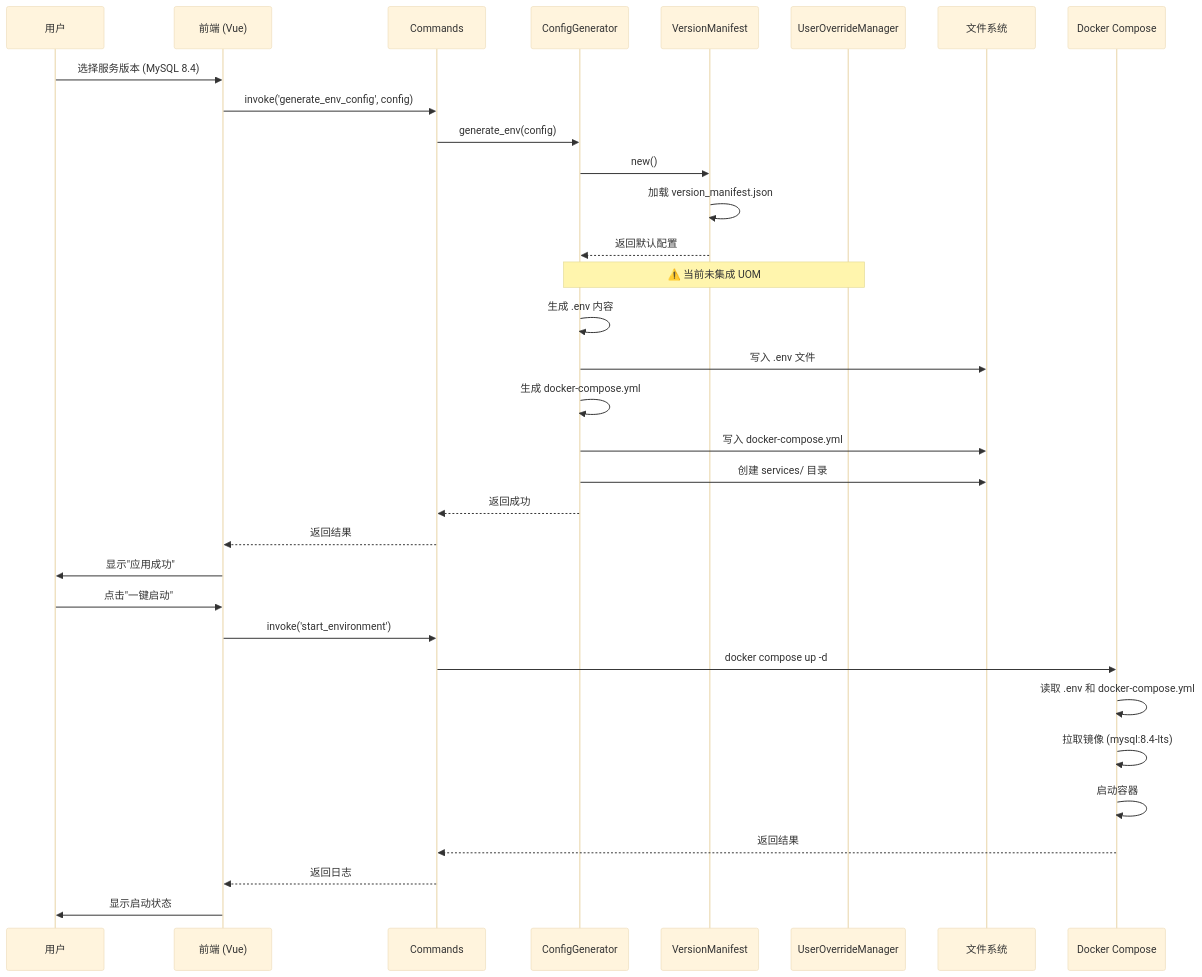
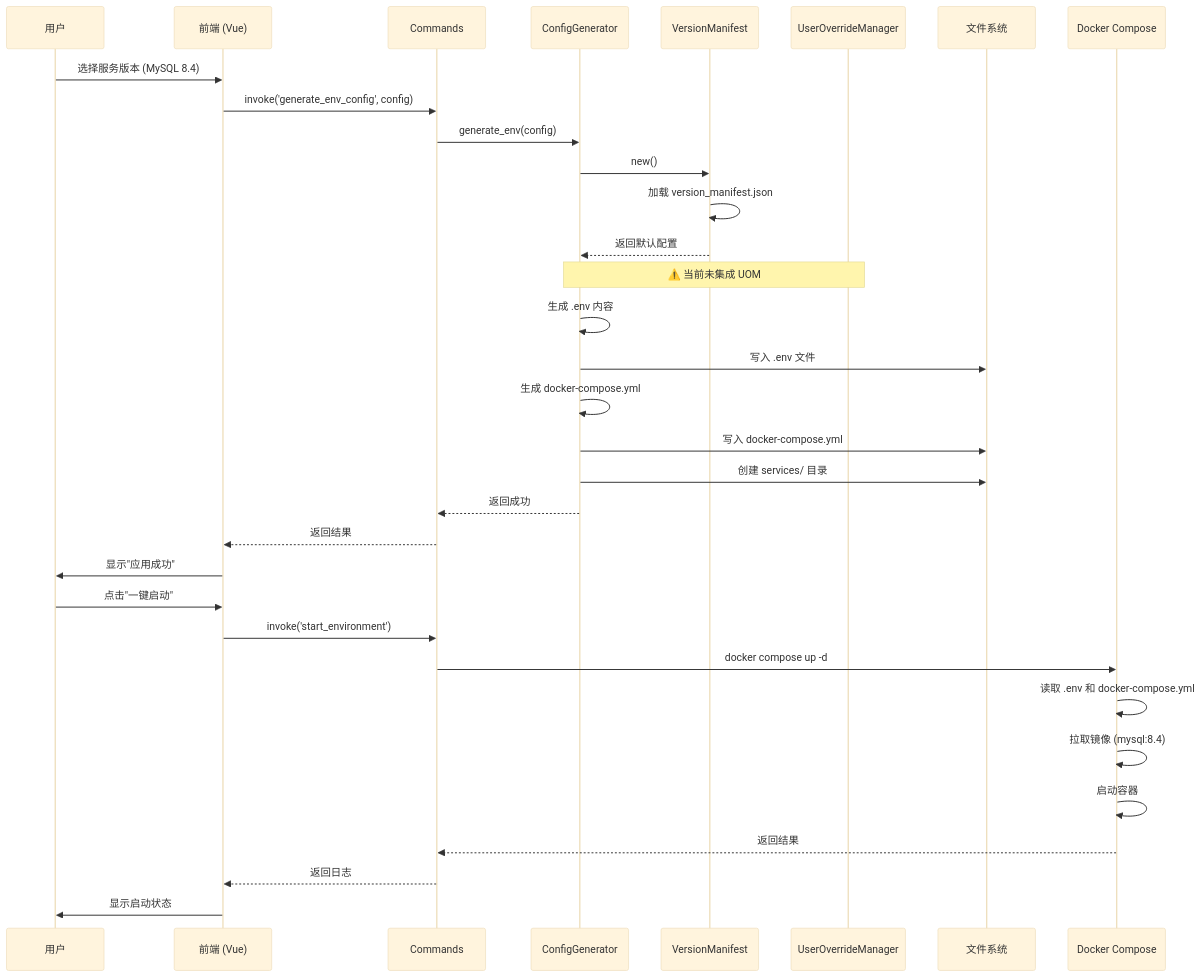
Before and after one commit to jeeinn/php-stack: the second of 4 diagrams in ARCHITECTURE.md, drawn with Mermaid (base theme). The commit also changed other lines of this file and 8 other files, not shown here.

````diff
--- a/ARCHITECTURE.md
+++ b/ARCHITECTURE.md
@@ -144,37 +144,37 @@
 ```mermaid
 sequenceDiagram
     participant U as 用户
     participant FE as 前端 (Vue)
     participant CMD as Commands
     participant CG as ConfigGenerator
     participant VM as VersionManifest
     participant UOM as UserOverrideManager
     participant FS as 文件系统
     participant DC as Docker Compose
 
     U->>FE: 选择服务版本 (MySQL 8.4)
     FE->>CMD: invoke('generate_env_config', config)
     CMD->>CG: generate_env(config)
     CG->>VM: new()
     VM->>VM: 加载 version_manifest.json
     VM-->>CG: 返回默认配置
     Note over CG,UOM: ⚠️ 当前未集成 UOM
     CG->>CG: 生成 .env 内容
     CG->>FS: 写入 .env 文件
     CG->>CG: 生成 docker-compose.yml
     CG->>FS: 写入 docker-compose.yml
     CG->>FS: 创建 services/ 目录
     CG-->>CMD: 返回成功
     CMD-->>FE: 返回结果
     FE->>U: 显示"应用成功"
     
     U->>FE: 点击"一键启动"
     FE->>CMD: invoke('start_environment')
     CMD->>DC: docker compose up -d
     DC->>DC: 读取 .env 和 docker-compose.yml
-    DC->>DC: 拉取镜像 (mysql:8.4-lts)
+    DC->>DC: 拉取镜像 (mysql:8.4)
     DC->>DC: 启动容器
     DC-->>CMD: 返回结果
     CMD-->>FE: 返回日志
     FE->>U: 显示启动状态
 ```
````
